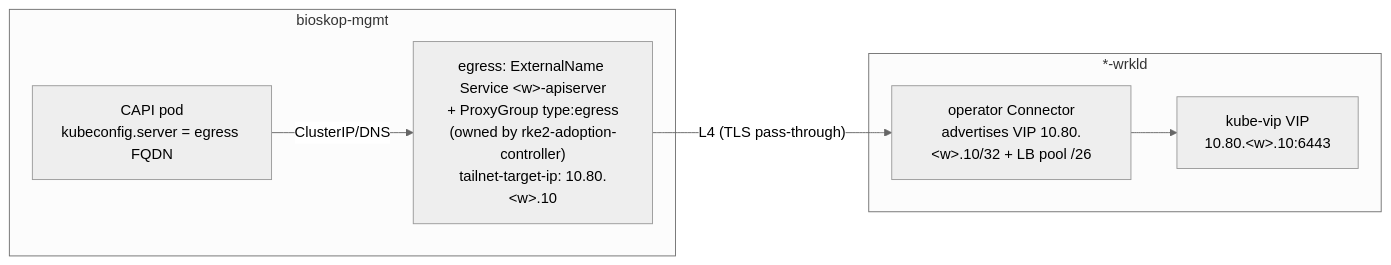
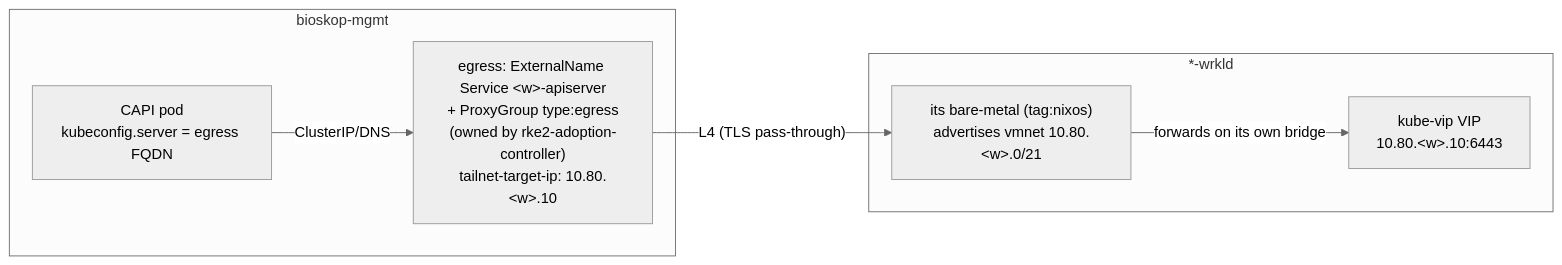
One commit to seedmatic/rke2lab changed the sixth of 9 diagrams in docs/architecture/cluster-api/management-workload-topology.adoc. Above: the diagram before and after it, drawn with Mermaid (neutral theme). The commit also changed other lines of this file and 6 other files, not shown here.

First line of the commit message:
docs(cluster-api,netplan): the reach is the bare-metal's, and the pod DNS claim is now true

```diff
--- a/docs/architecture/cluster-api/management-workload-topology.adoc
+++ b/docs/architecture/cluster-api/management-workload-topology.adoc
@@ -499,15 +527,15 @@
 [mermaid,topology-workload-egress,svg]
 ----
 flowchart LR
   subgraph MGMT["bioskop-mgmt"]
     CAPI["CAPI pod<br/>kubeconfig.server = egress FQDN"]
     EG["egress: ExternalName Service &lt;w&gt;-apiserver<br/>+ ProxyGroup type:egress<br/>(owned by rke2-adoption-controller)<br/>tailnet-target-ip: 10.80.&lt;w&gt;.10"]
   end
   subgraph W["*-wrkld"]
-    CONN["operator Connector<br/>advertises VIP 10.80.&lt;w&gt;.10/32 + LB pool /26"]
+    SR["its bare-metal (tag:nixos)<br/>advertises vmnet 10.80.&lt;w&gt;.0/21"]
     VIP["kube-vip VIP<br/>10.80.&lt;w&gt;.10:6443"]
   end
   CAPI -->|ClusterIP/DNS| EG
-  EG -->|"L4 (TLS pass-through)"| CONN
-  CONN --> VIP
+  EG -->|"L4 (TLS pass-through)"| SR
+  SR -->|forwards on its own bridge| VIP
 ----
```
